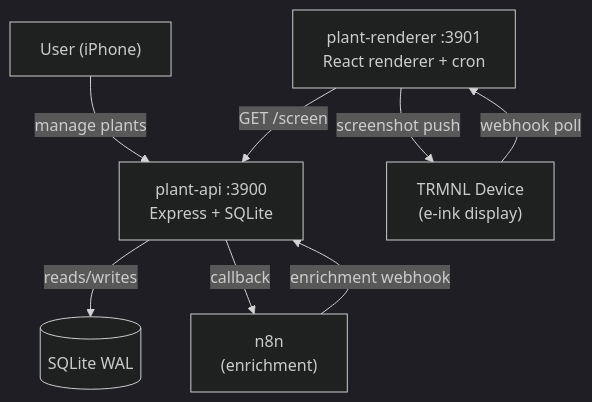
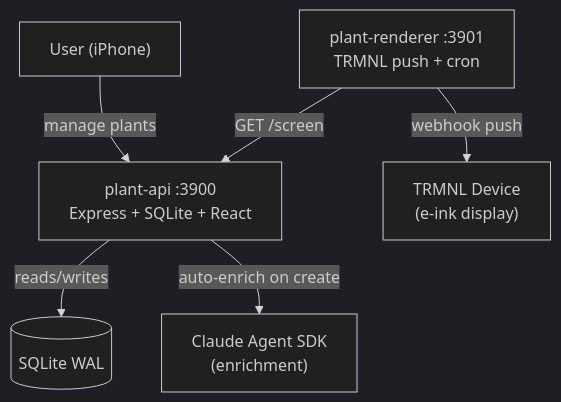
One commit to tsipotU/plnt-trmnl changed the diagram in README.md. Above: the diagram before and after it, drawn with Mermaid (dark theme). The commit also changed other lines of this file, not shown here.

First line of the commit message:
docs(readme): align with current enrichment + feedback state

````diff
--- a/README.md
+++ b/README.md
@@ -11,16 +13,14 @@
 ```mermaid
 flowchart TD
     User["User (iPhone)"]
-    WebApp["plant-api :3900\nExpress + SQLite"]
-    Renderer["plant-renderer :3901\nReact renderer + cron"]
-    TRMNL["TRMNL Device\n(e-ink display)"]
-    n8n["n8n\n(enrichment)"]
+    WebApp["plant-api :3900<br/>Express + SQLite + React"]
+    Renderer["plant-renderer :3901<br/>TRMNL push + cron"]
+    TRMNL["TRMNL Device<br/>(e-ink display)"]
+    Claude["Claude Agent SDK<br/>(enrichment)"]
 
     User -->|"manage plants"| WebApp
     WebApp -->|"reads/writes"| SQLite[(SQLite WAL)]
+    WebApp -->|"auto-enrich on create"| Claude
     Renderer -->|"GET /screen"| WebApp
-    Renderer -->|"screenshot push"| TRMNL
-    TRMNL -->|"webhook poll"| Renderer
-    n8n -->|"enrichment webhook"| WebApp
-    WebApp -->|"callback"| n8n
+    Renderer -->|"webhook push"| TRMNL
 ```
````
